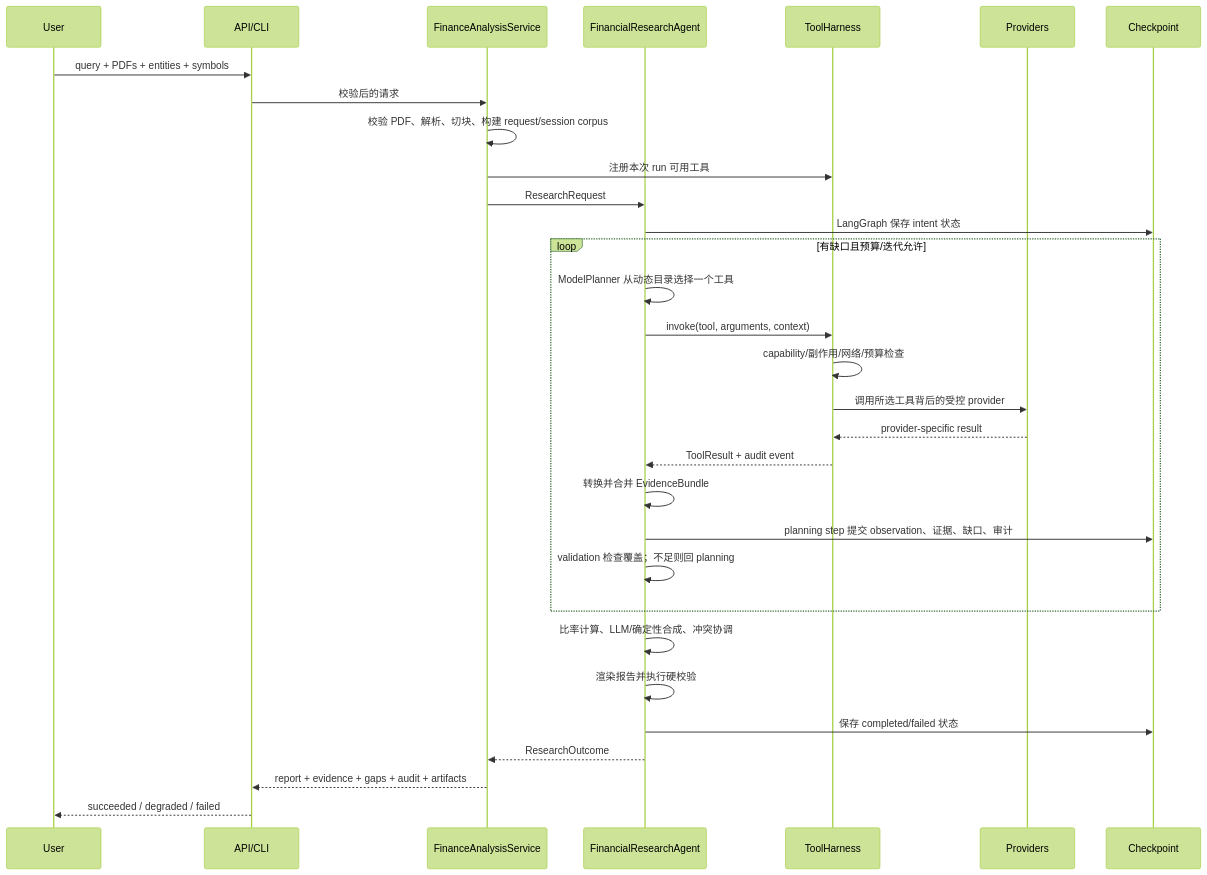
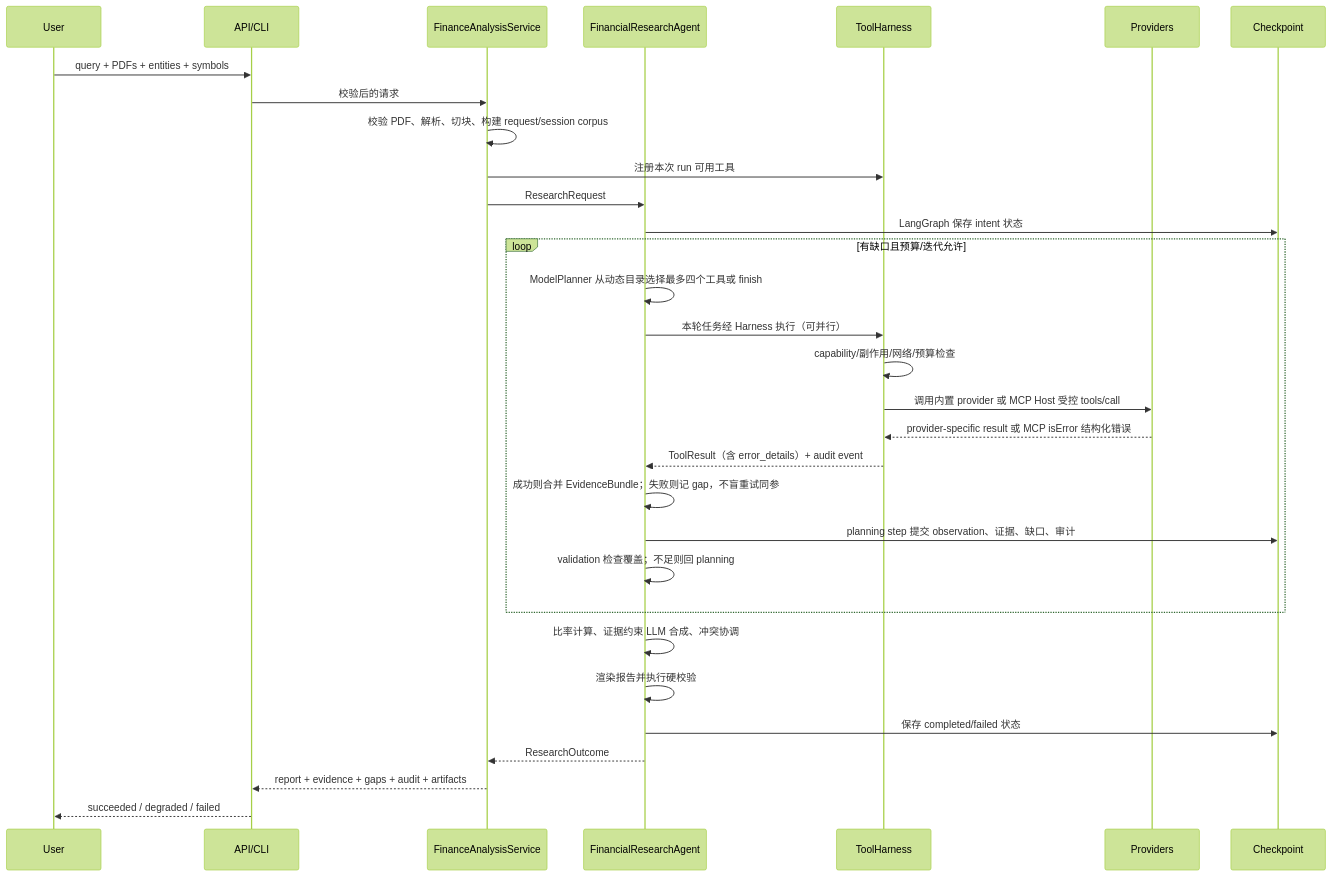
Before and after one commit to Asiiii-759/Finance_Agent: the second of 2 diagrams in docs/AGENT_DETAILED_GUIDE.md, drawn with Mermaid (forest theme). The commit also changed other lines of this file and 40 other files, not shown here.

````diff
--- a/docs/AGENT_DETAILED_GUIDE.md
+++ b/docs/AGENT_DETAILED_GUIDE.md
@@ -169,34 +179,34 @@
 ```mermaid
 sequenceDiagram
     participant U as User
     participant API as API/CLI
     participant S as FinanceAnalysisService
     participant A as FinancialResearchAgent
     participant H as ToolHarness
     participant P as Providers
     participant CP as Checkpoint
 
     U->>API: query + PDFs + entities + symbols
     API->>S: 校验后的请求
     S->>S: 校验 PDF、解析、切块、构建 request/session corpus
     S->>H: 注册本次 run 可用工具
     S->>A: ResearchRequest
     A->>CP: LangGraph 保存 intent 状态
     loop 有缺口且预算/迭代允许
-        A->>A: ModelPlanner 从动态目录选择一个工具
-        A->>H: invoke(tool, arguments, context)
+        A->>A: ModelPlanner 从动态目录选择最多四个工具或 finish
+        A->>H: 本轮任务经 Harness 执行（可并行）
         H->>H: capability/副作用/网络/预算检查
-        H->>P: 调用所选工具背后的受控 provider
-        P-->>H: provider-specific result
-        H-->>A: ToolResult + audit event
-        A->>A: 转换并合并 EvidenceBundle
+        H->>P: 调用内置 provider 或 MCP Host 受控 tools/call
+        P-->>H: provider-specific result 或 MCP isError 结构化错误
+        H-->>A: ToolResult（含 error_details）+ audit event
+        A->>A: 成功则合并 EvidenceBundle；失败则记 gap，不盲重试同参
         A->>CP: planning step 提交 observation、证据、缺口、审计
         A->>A: validation 检查覆盖；不足则回 planning
     end
-    A->>A: 比率计算、LLM/确定性合成、冲突协调
+    A->>A: 比率计算、证据约束 LLM 合成、冲突协调
     A->>A: 渲染报告并执行硬校验
     A->>CP: 保存 completed/failed 状态
     A-->>S: ResearchOutcome
     S-->>API: report + evidence + gaps + audit + artifacts
     API-->>U: succeeded / degraded / failed
 ```
````
